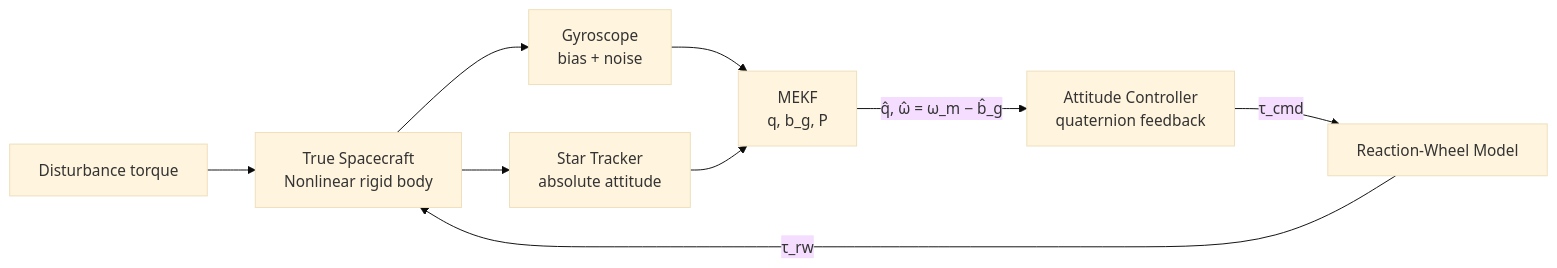
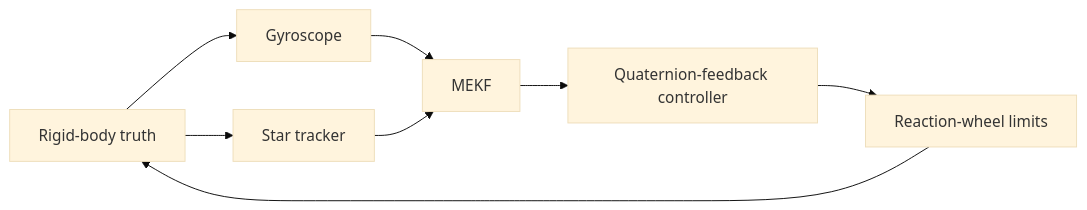
One commit to ISHMAEL555/Robust-Spacecraft-Attitude-Estimation-and-Control-Under-Model-Uncertainty changed the diagram in README.md. Above: the diagram before and after it, drawn with Mermaid (base theme). The commit also changed other lines of this file, not shown here.

````diff
--- a/README.md
+++ b/README.md
@@ -62,11 +86,10 @@
-``` mermaid
+```mermaid
 flowchart LR
-    TS["True Spacecraft<br/>Nonlinear rigid body"] --> GY["Gyroscope<br/>bias + noise"]
-    TS --> ST["Star Tracker<br/>absolute attitude"]
-    GY --> KF["MEKF<br/>q, b_g, P"]
-    ST --> KF
-    KF -->|"q̂, ω̂ = ω_m − b̂_g"| CT["Attitude Controller<br/>quaternion feedback"]
-    CT -->|"τ_cmd"| RW["Reaction-Wheel Model"]
-    RW -->|"τ_rw"| TS
-    D["Disturbance torque"] --> TS
+    TRUTH["Rigid-body truth"] --> GYRO["Gyroscope"]
+    TRUTH --> STAR["Star tracker"]
+    GYRO --> MEKF["MEKF"]
+    STAR --> MEKF
+    MEKF --> CTRL["Quaternion-feedback controller"]
+    CTRL --> RW["Reaction-wheel limits"]
+    RW --> TRUTH
 ```
````
